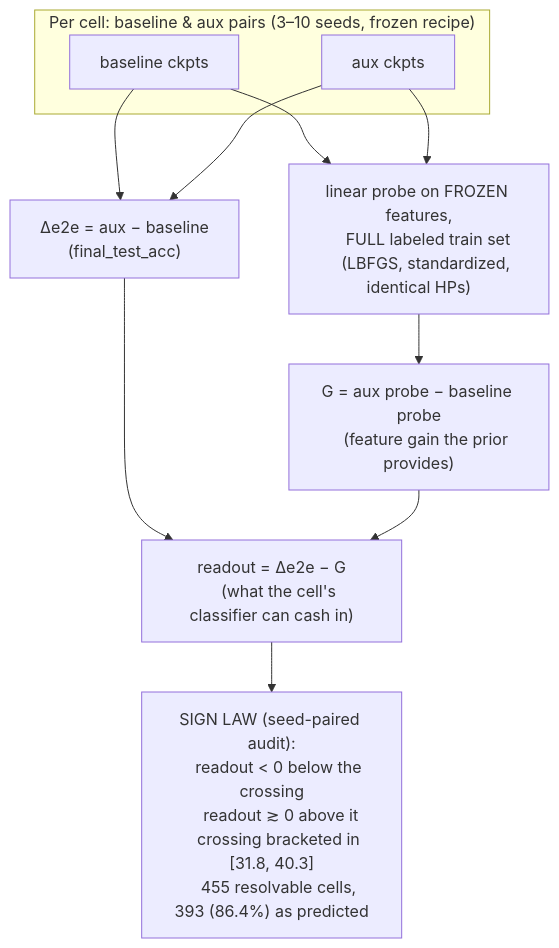
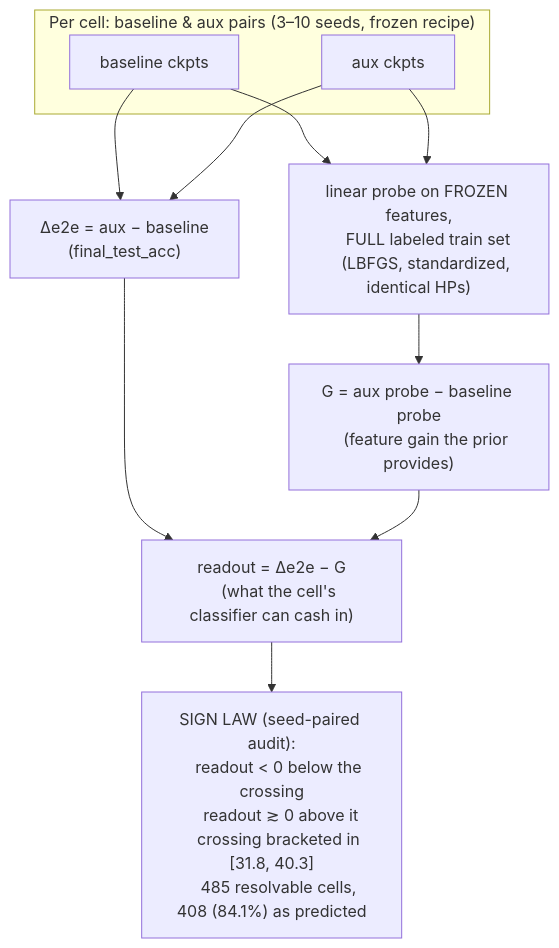
One commit to GCVCG/MomentAux changed the third of 5 diagrams in docs/ARCHITECTURE.md. Above: the diagram before and after it, drawn with Mermaid. The commit also changed 20 other files, not shown here.

````diff
--- a/docs/ARCHITECTURE.md
+++ b/docs/ARCHITECTURE.md
@@ -64,23 +64,23 @@
 ```mermaid
 flowchart TD
     subgraph cells["Per cell: baseline & aux pairs (3–10 seeds, frozen recipe)"]
         B[baseline ckpts] & A[aux ckpts]
     end
     B --> E2E["Δe2e = aux − baseline
     (final_test_acc)"]
     A --> E2E
     B --> PROBE["linear probe on FROZEN features,
     FULL labeled train set
     (LBFGS, standardized, identical HPs)"]
     A --> PROBE
     PROBE --> GG["G = aux probe − baseline probe
     (feature gain the prior provides)"]
     E2E --> RO["readout = Δe2e − G
     (what the cell's classifier can cash in)"]
     GG --> RO
     RO --> LAW["SIGN LAW (seed-paired audit):
     readout < 0 below the crossing
     readout ≳ 0 above it
     crossing bracketed in [31.8, 40.3]
-    455 resolvable cells, 393 (86.4%) as predicted"]
+    485 resolvable cells, 408 (84.1%) as predicted"]
 ```
````
